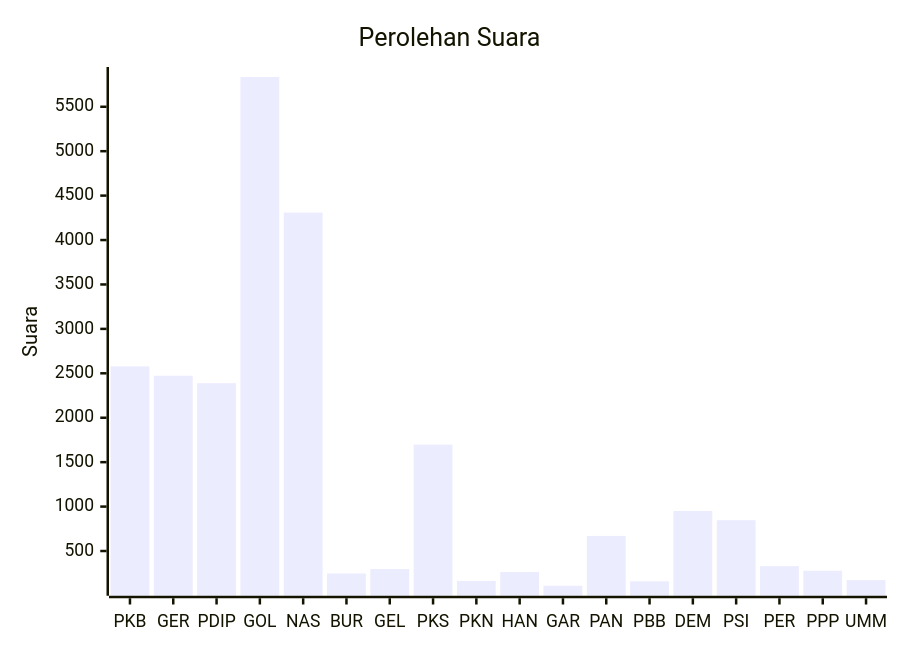
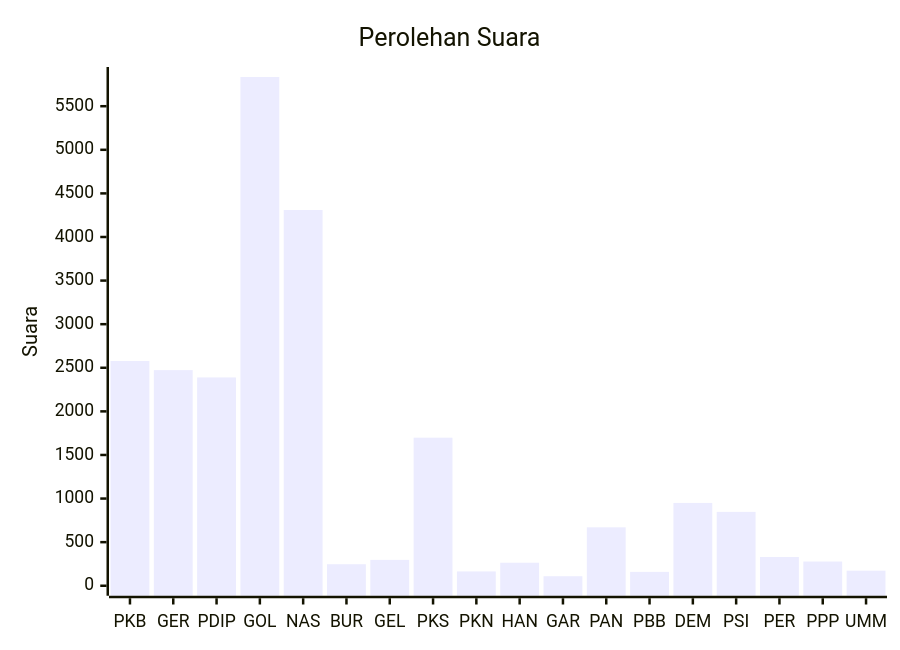
Before and after one commit to gigit-pemilu/pemilu-2024: the diagram in pileg-dpr/hitung-suara/sub/table-wilayah-92.md, drawn with Mermaid. The commit also changed 57 other files, not shown here.

````diff
--- a/pileg-dpr/hitung-suara/sub/table-wilayah-92.md
+++ b/pileg-dpr/hitung-suara/sub/table-wilayah-92.md
@@ -7,7 +7,7 @@
 ```mermaid
 xychart-beta
     title "Perolehan Suara"
     x-axis [PKB, GER, PDIP, GOL, NAS, BUR, GEL, PKS, PKN, HAN, GAR, PAN, PBB, DEM, PSI, PER, PPP, UMM]
-    y-axis "Suara"
+    y-axis "Suara" 0 --> 5835
     bar [2578, 2473, 2389, 5835, 4309, 247, 297, 1698, 164, 264, 109, 670, 159, 950, 847, 330, 278, 173]
 ```
````
